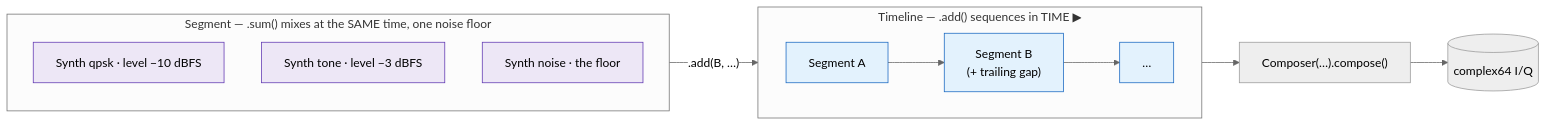
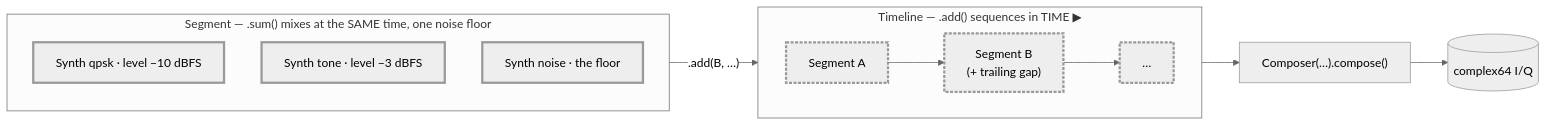
The diagram in docs/api/python-wfmgen.md (doppler-dsp/doppler), drawn with Mermaid (neutral theme) before and after one commit. The commit also changed 9 other files, not shown here.

````diff
--- a/docs/api/python-wfmgen.md
+++ b/docs/api/python-wfmgen.md
@@ -246,20 +246,20 @@
 ```mermaid
 flowchart LR
     subgraph SEG["Segment — .sum() mixes at the SAME time, one noise floor"]
         direction TB
         y1["Synth qpsk · level −10 dBFS"]
         y2["Synth tone · level −3 dBFS"]
         y3["Synth noise · the floor"]
     end
     subgraph TL["Timeline — .add() sequences in TIME ▶"]
         direction LR
         sA["Segment A"] --> sB["Segment B<br/>(+ trailing gap)"] --> sC["…"]
     end
     SEG -- ".add(B, …)" --> sA
     TL --> COMP["Composer(…).compose()"] --> IQ[("complex64 I/Q")]
 
-    classDef syn fill:#ede7f6,stroke:#5e35b1,color:#000;
-    classDef seg fill:#e3f2fd,stroke:#1565c0,color:#000;
+    classDef syn stroke-width:3px;
+    classDef seg stroke-width:3px,stroke-dasharray:4 2;
     class y1,y2,y3 syn;
     class sA,sB,sC seg;
 ```
````
